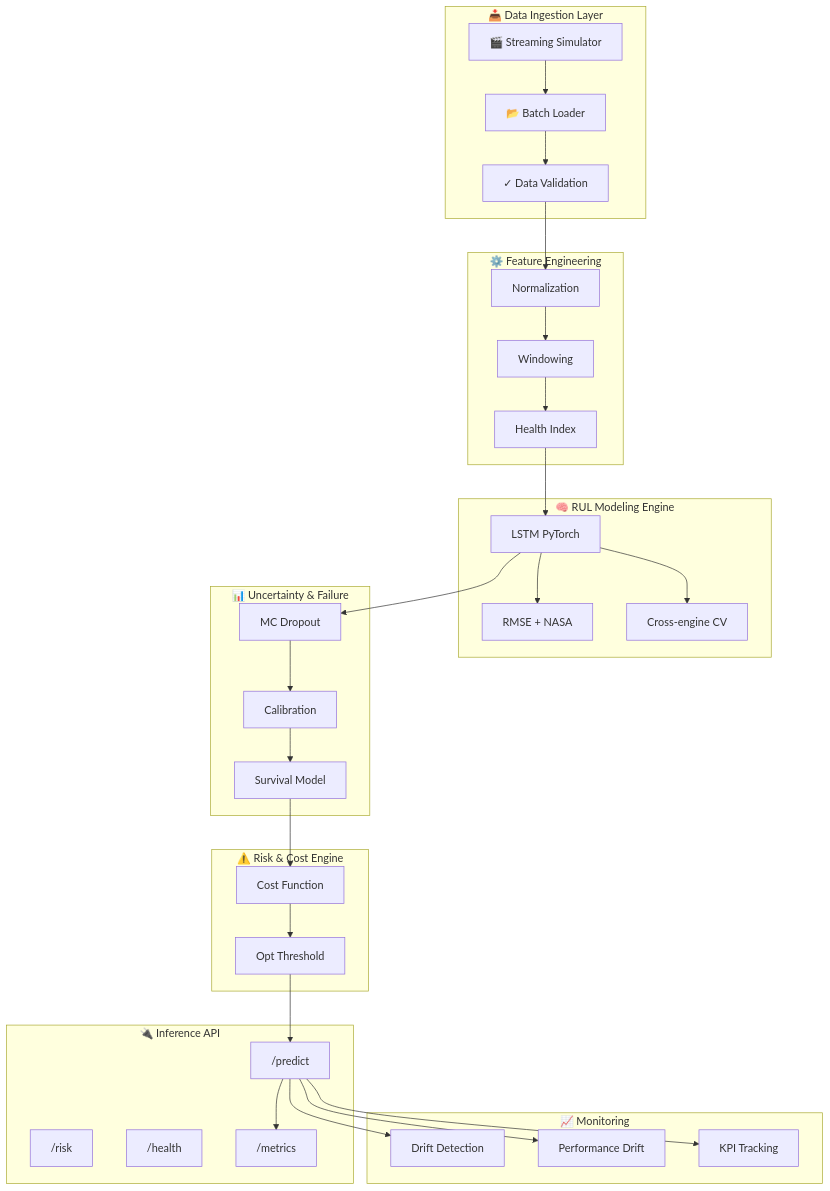
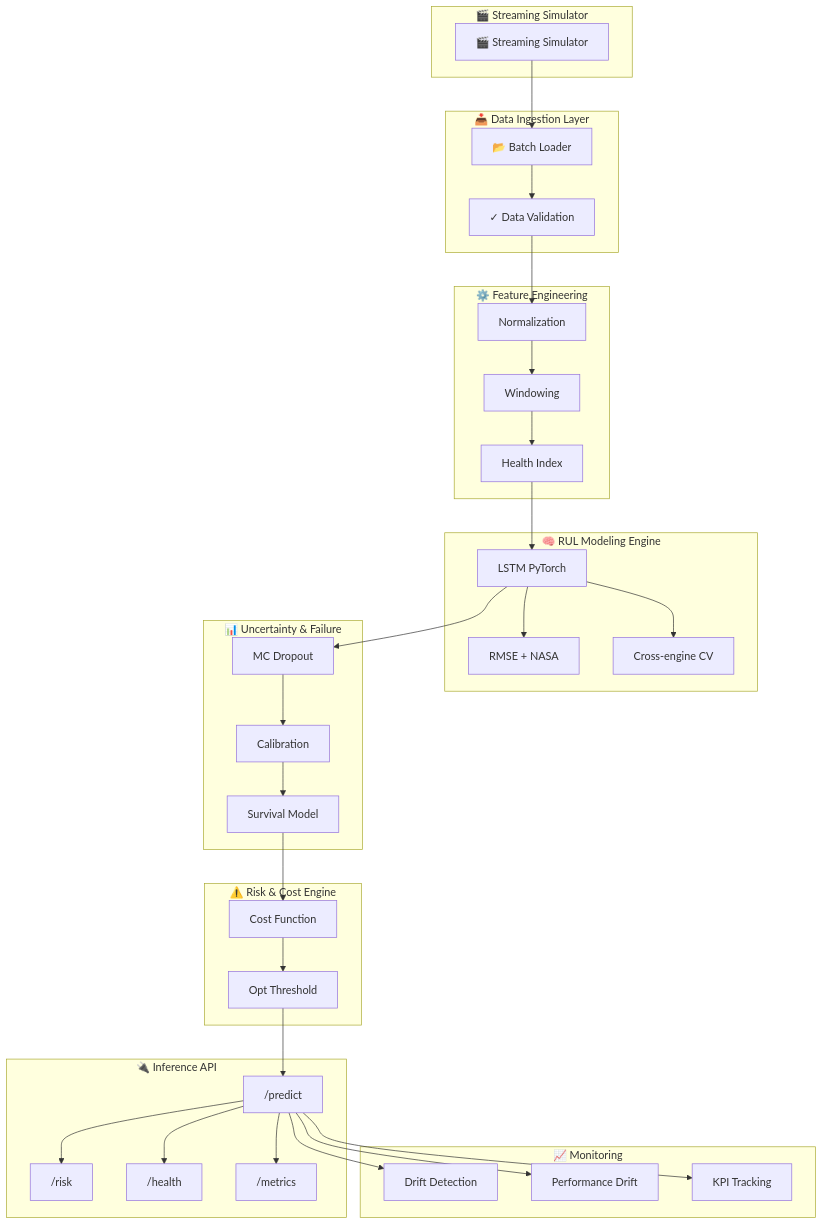
The third of 3 diagrams in docs/ARCHITECTURE.md (FrancescoPicazio/Risk-Aware-AI-Platform-for-Predictive-Maintenance-in-Safety-Critical-Systems), drawn with Mermaid before and after one commit. The commit also changed other lines of this file and 17 other files, not shown here.

````diff
--- a/docs/ARCHITECTURE.md
+++ b/docs/ARCHITECTURE.md
@@ -76,52 +99,57 @@
 ```mermaid
 flowchart TB
+  subgraph Streaming["🎬 Streaming Simulator"]
+    simc["🎬 Streaming Simulator"]
+  end
+  
   subgraph Ingestion["📥 Data Ingestion Layer"]
-    simc["🎬 Streaming Simulator"]
     loader["📂 Batch Loader"]
     validate["✓ Data Validation"]
   end
 
   subgraph FE["⚙️ Feature Engineering"]
     norm["Normalization"]
     window["Windowing"]
     health["Health Index"]
   end
 
   subgraph Model["🧠 RUL Modeling Engine"]
     lstm["LSTM PyTorch"]
     metrics["RMSE + NASA"]
     cv["Cross-engine CV"]
   end
 
   subgraph UQ["📊 Uncertainty & Failure"]
     mcd["MC Dropout"]
     calib["Calibration"]
     survival["Survival Model"]
   end
 
   subgraph Risk["⚠️ Risk & Cost Engine"]
     cost["Cost Function"]
     policy["Opt Threshold"]
   end
 
   subgraph API["🔌 Inference API"]
     predict["/predict"]
     riskep["/risk"]
     healthz["/health"]
     metricsep["/metrics"]
   end
 
   subgraph Mon["📈 Monitoring"]
     drift["Drift Detection"]
     perf["Performance Drift"]
     kpi["KPI Tracking"]
   end
 
   simc --> loader --> validate --> norm --> window --> health --> lstm --> mcd --> calib --> survival --> cost --> policy --> predict
   predict --> metricsep
+  predict --> healthz
+  predict --> riskep
   lstm --> metrics
   lstm --> cv
   predict --> drift
   predict --> perf
   predict --> kpi
 ```
````
